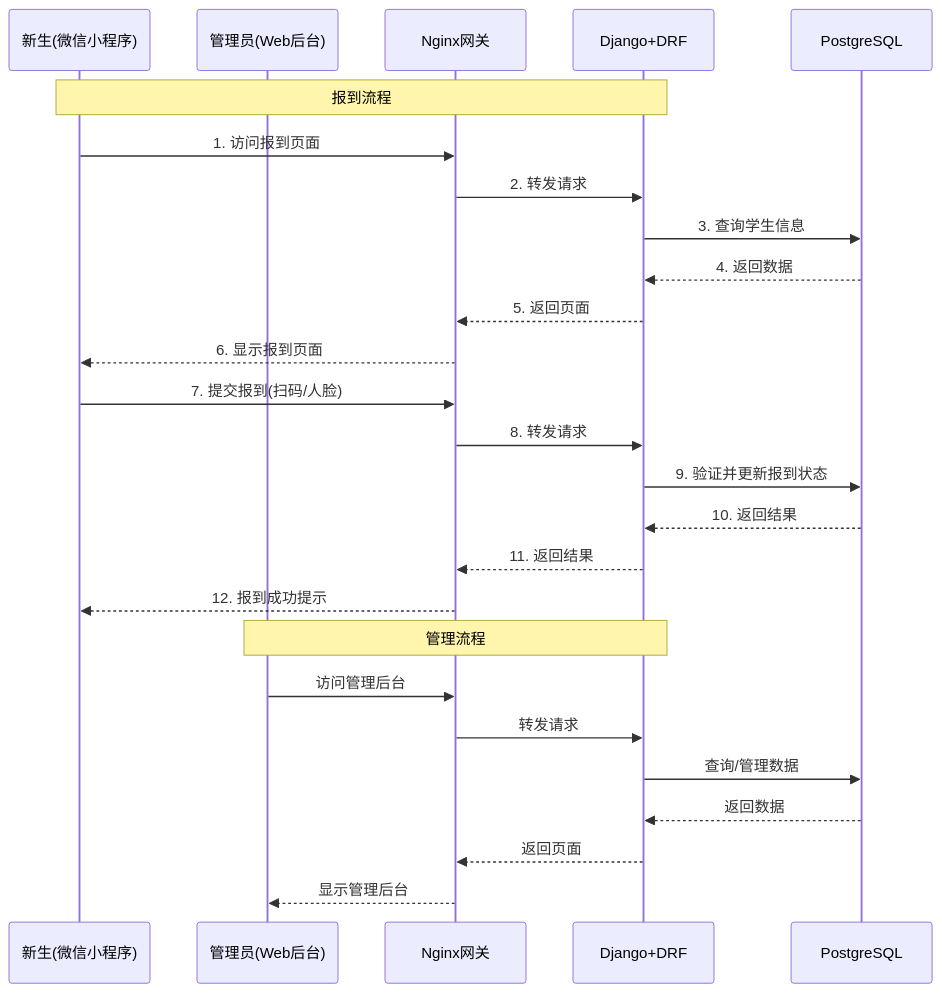
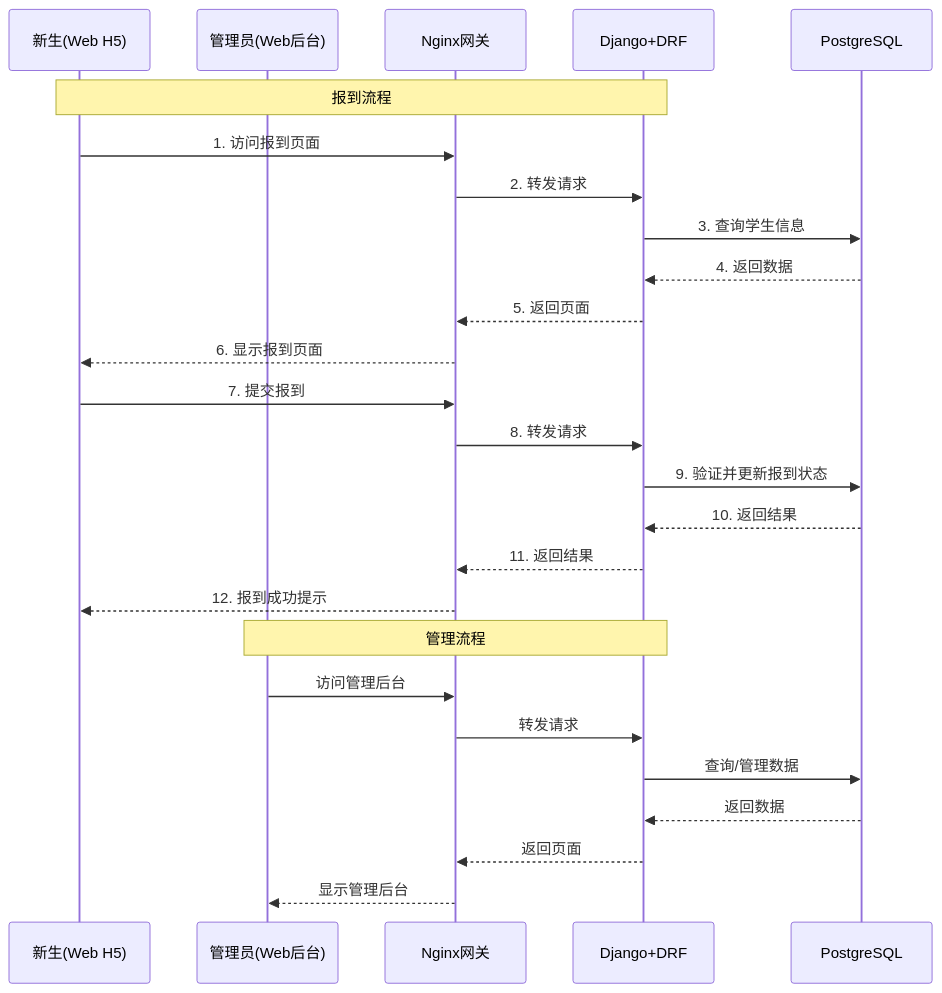
Before and after one commit to zzhe3076/zzhe: the third of 8 diagrams in MVP技术框架图.md, drawn with Mermaid. The commit also changed other lines of this file and 11 other files, not shown here.

````diff
--- a/MVP技术框架图.md
+++ b/MVP技术框架图.md
@@ -148,33 +149,33 @@
 ```mermaid
 sequenceDiagram
-    participant 新生 as 新生(微信小程序)
+    participant 新生 as 新生(Web H5)
     participant 管理员 as 管理员(Web后台)
     participant Nginx as Nginx网关
     participant Django as Django+DRF
     participant DB as PostgreSQL
 
     Note over 新生,Django: 报到流程
     
     新生->>Nginx: 1. 访问报到页面
     Nginx->>Django: 2. 转发请求
     Django->>DB: 3. 查询学生信息
     DB-->>Django: 4. 返回数据
     Django-->>Nginx: 5. 返回页面
     Nginx-->>新生: 6. 显示报到页面
     
-    新生->>Nginx: 7. 提交报到(扫码/人脸)
+    新生->>Nginx: 7. 提交报到
     Nginx->>Django: 8. 转发请求
     Django->>DB: 9. 验证并更新报到状态
     DB-->>Django: 10. 返回结果
     Django-->>Nginx: 11. 返回结果
     Nginx-->>新生: 12. 报到成功提示
 
     Note over 管理员,Django: 管理流程
     
     管理员->>Nginx: 访问管理后台
     Nginx->>Django: 转发请求
     Django->>DB: 查询/管理数据
     DB-->>Django: 返回数据
     Django-->>Nginx: 返回页面
     Nginx-->>管理员: 显示管理后台
 ```
````
